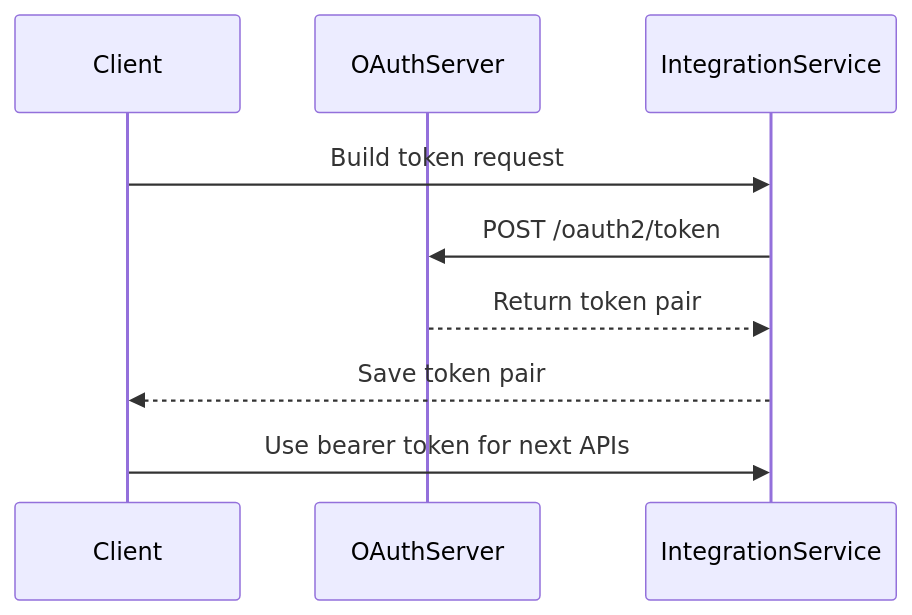
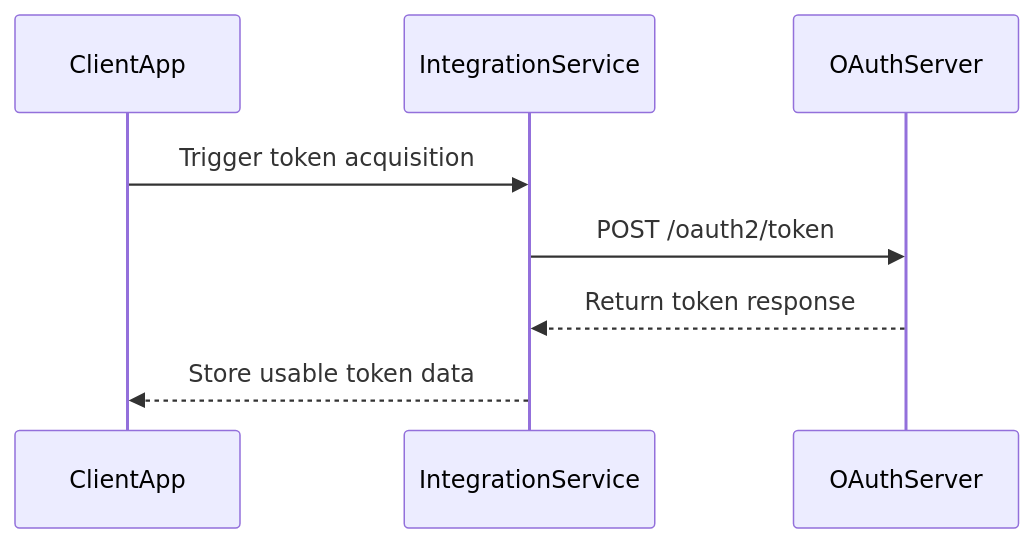
Before and after one commit to EugeneJian/growatt-unified-api: the diagram in Growatt API/OPENAPI/02_api_access_token.md, drawn with Mermaid. The commit also changed other lines of this file and 26 other files, not shown here.

````diff
--- a/Growatt API/OPENAPI/02_api_access_token.md
+++ b/Growatt API/OPENAPI/02_api_access_token.md
@@ -17,13 +20,12 @@
 ```mermaid
 %% 本代码严格遵循AI生成Mermaid代码的终极准则v4.1（Mermaid终极大师）
 sequenceDiagram
-    participant Client as Client
+    participant Client as ClientApp
+    participant Service as IntegrationService
     participant OAuth as OAuthServer
-    participant App as IntegrationService
 
-    Client->>App: Build token request
-    App->>OAuth: POST /oauth2/token
-    OAuth-->>App: Return token pair
-    App-->>Client: Save token pair
-    Client->>App: Use bearer token for next APIs
+    Client->>Service: Trigger token acquisition
+    Service->>OAuth: POST /oauth2/token
+    OAuth-->>Service: Return token response
+    Service-->>Client: Store usable token data
 ```
````
